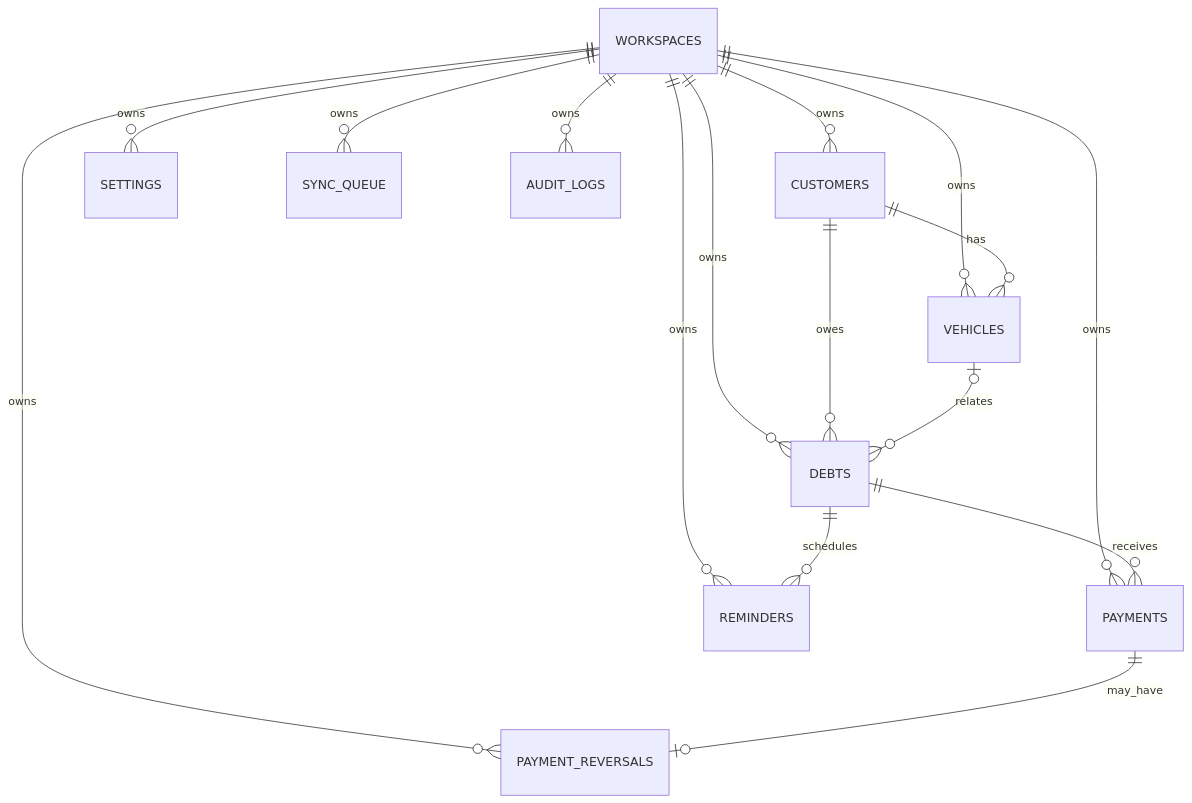
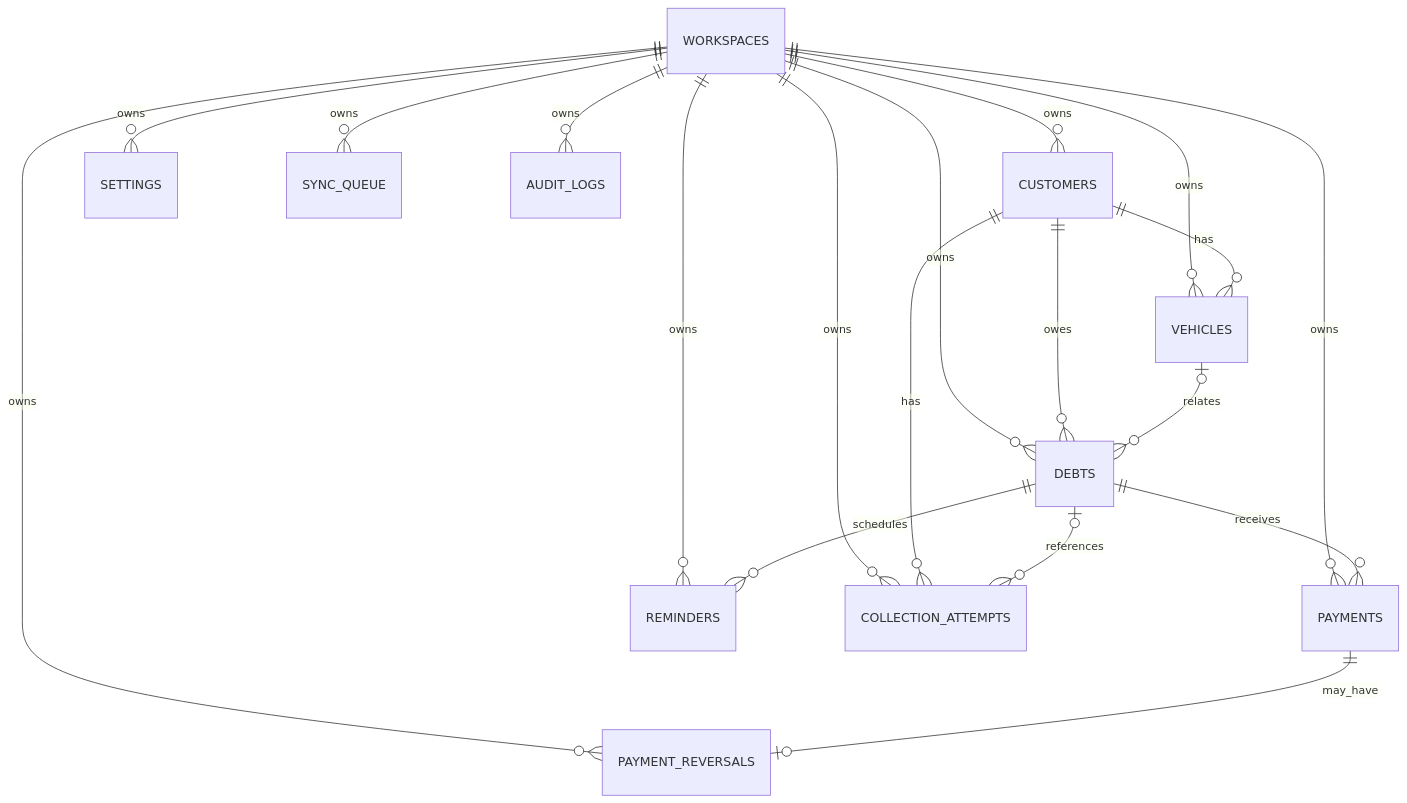
The diagram in docs/DATABASE.md (Evertongean/fiados-moreira), drawn with Mermaid before and after one commit. The commit also changed other lines of this file and 34 other files, not shown here.

````diff
--- a/docs/DATABASE.md
+++ b/docs/DATABASE.md
@@ -53,18 +53,21 @@
 ```mermaid
 erDiagram
   WORKSPACES ||--o{ CUSTOMERS : owns
   WORKSPACES ||--o{ VEHICLES : owns
   WORKSPACES ||--o{ DEBTS : owns
   WORKSPACES ||--o{ PAYMENTS : owns
   WORKSPACES ||--o{ PAYMENT_REVERSALS : owns
   WORKSPACES ||--o{ REMINDERS : owns
   WORKSPACES ||--o{ SETTINGS : owns
+  WORKSPACES ||--o{ COLLECTION_ATTEMPTS : owns
   WORKSPACES ||--o{ SYNC_QUEUE : owns
   WORKSPACES ||--o{ AUDIT_LOGS : owns
   CUSTOMERS ||--o{ VEHICLES : has
   CUSTOMERS ||--o{ DEBTS : owes
+  CUSTOMERS ||--o{ COLLECTION_ATTEMPTS : has
   VEHICLES o|--o{ DEBTS : relates
   DEBTS ||--o{ PAYMENTS : receives
   PAYMENTS ||--o| PAYMENT_REVERSALS : may_have
   DEBTS ||--o{ REMINDERS : schedules
+  DEBTS o|--o{ COLLECTION_ATTEMPTS : references
 ```
````
